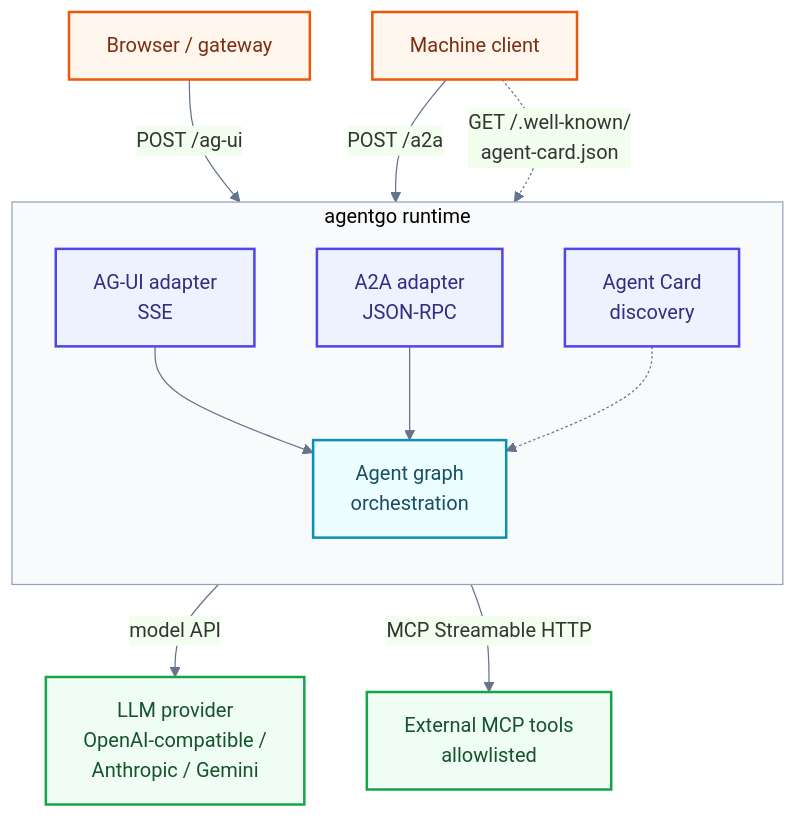
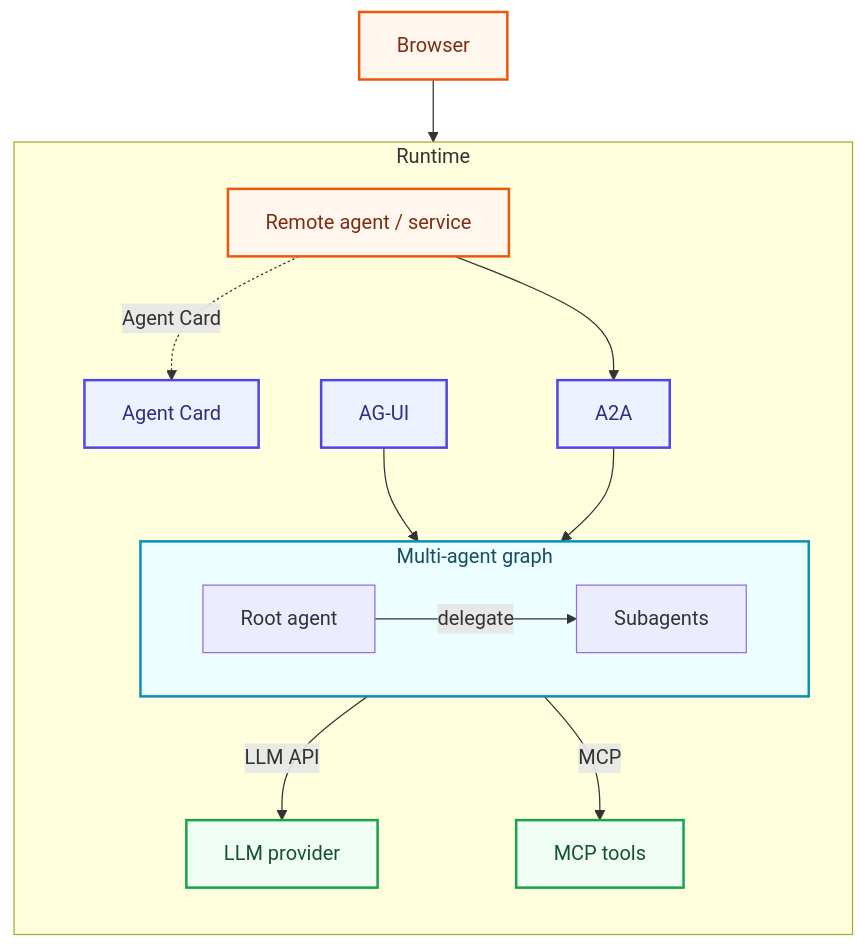
Before and after one commit to ml8s/liki-agent-runtime: the diagram in README.md, drawn with Mermaid. The commit also changed other lines of this file and 21 other files, not shown here.

````diff
--- a/README.md
+++ b/README.md
@@ -53,48 +47,40 @@
 ```mermaid
-%%{init: {
-  "theme": "base",
-  "themeVariables": {
-    "fontFamily": "ui-sans-serif, -apple-system, Segoe UI, Roboto, sans-serif",
-    "fontSize": "16px",
-    "primaryColor": "#eef2ff",
-    "primaryBorderColor": "#4f46e5",
-    "lineColor": "#64748b",
-    "clusterBkg": "#f8fafc",
-    "clusterBorder": "#94a3b8"
-  }
-}}%%
 flowchart TB
-    browser["Browser / gateway"]
-    machine["Machine client"]
+    browser["Browser"]
+    remote["Remote agent / service"]
 
-    subgraph runtime["agentgo runtime"]
+    subgraph runtime["Runtime"]
         direction TB
-        agui["AG-UI adapter<br/>SSE"]
-        a2a["A2A adapter<br/>JSON-RPC"]
-        card["Agent Card<br/>discovery"]
-        agents["Agent graph<br/>orchestration"]
+        agui["AG-UI"]
+        a2a["A2A"]
+        card["Agent Card"]
 
-        agui --> agents
-        a2a --> agents
-        card -.-> agents
+        subgraph agentGraph["Multi-agent graph"]
+            root["Root agent"]
+            subagents["Subagents"]
+            root -->|delegate| subagents
+        end
+
+        agui --> agentGraph
+        a2a --> agentGraph
+        remote -. "Agent Card" .-> card
+        agentGraph -->|LLM API| provider
+        agentGraph -->|MCP| tools
     end
 
-    provider["LLM provider<br/>OpenAI-compatible /<br/>Anthropic / Gemini"]
-    tools["External MCP tools<br/>allowlisted"]
+    provider["LLM provider"]
+    tools["MCP tools"]
 
-    browser -- "POST /ag-ui" --> agui
-    machine -- "POST /a2a" --> a2a
-    machine -. "GET /.well-known/<br/>agent-card.json" .-> card
-    agents -- "model API" --> provider
-    agents -- "MCP Streamable HTTP" --> tools
+    browser --> agui
+    remote --> a2a
 
     classDef client fill:#fff7ed,stroke:#ea580c,stroke-width:2px,color:#7c2d12
     classDef protocol fill:#eef2ff,stroke:#4f46e5,stroke-width:2px,color:#312e81
     classDef core fill:#ecfeff,stroke:#0891b2,stroke-width:2px,color:#164e63
     classDef dependency fill:#f0fdf4,stroke:#16a34a,stroke-width:2px,color:#14532d
 
-    class browser,machine client
+    class browser,remote client
     class agui,a2a,card protocol
-    class agents core
+    class agentGraph core
     class provider,tools dependency
 ```
````
